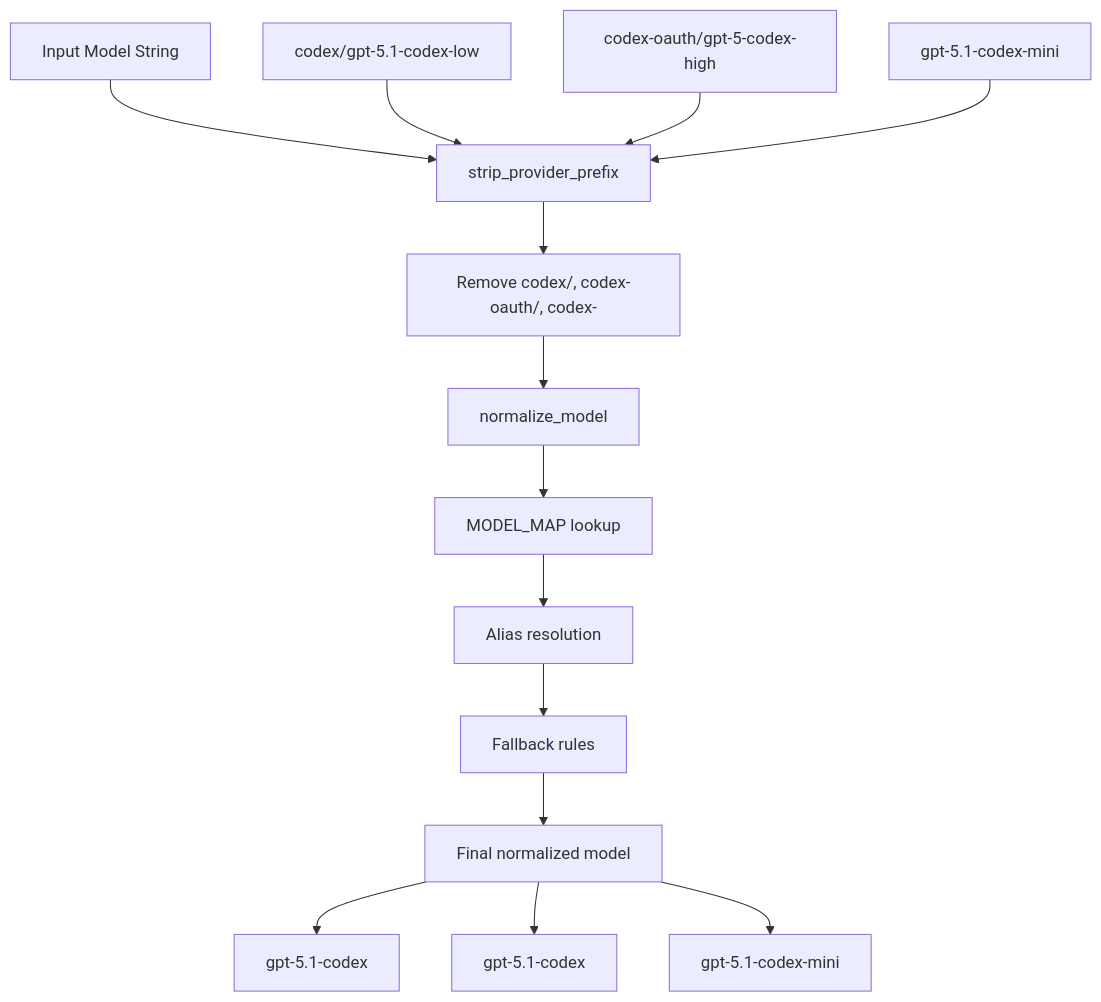
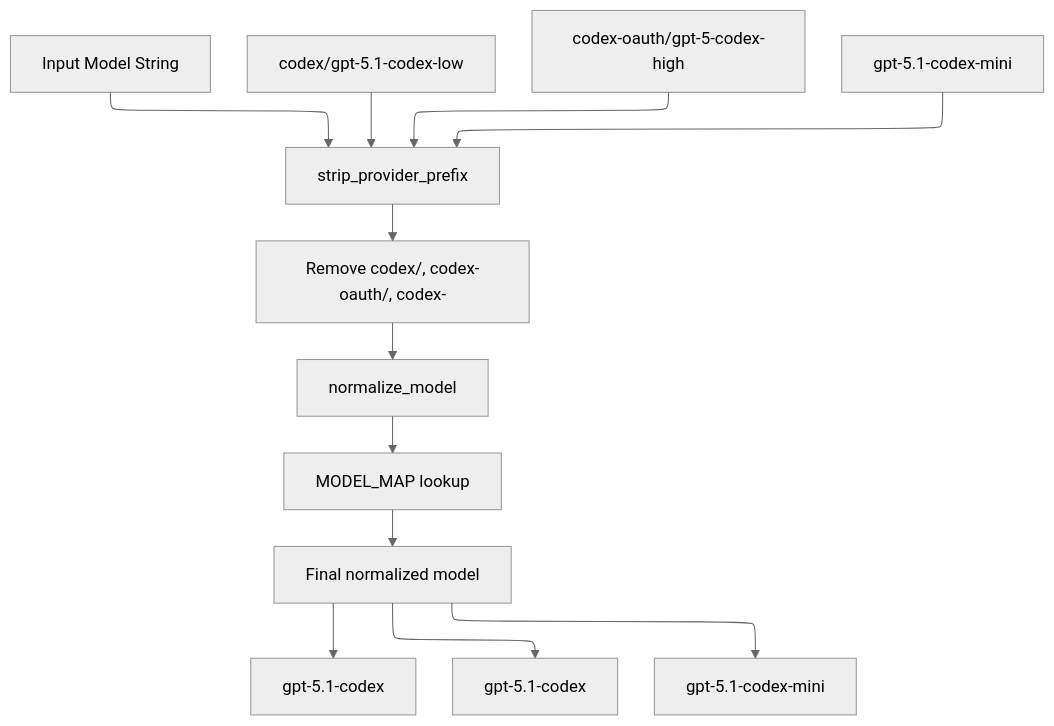
One commit to jslorrma/litellm-codex-oauth-provider changed the second of 2 diagrams in docs/codex-api-integration.md. Above: the diagram before and after it, drawn with Mermaid. The commit also changed other lines of this file and 2 other files, not shown here.

First line of the commit message:
docs: simplify and streamline architecture documentation

````diff
--- a/docs/codex-api-integration.md
+++ b/docs/codex-api-integration.md
@@ -101,18 +111,26 @@
 ```mermaid
+---
+config:
+  theme: neutral
+  layout: elk
+  elk:
+    nodeSpacing: 60
+    edgeSpacing: 50
+    layoutDirection: TB
+---
+
 graph TD
     A[Input Model String] --> B[strip_provider_prefix]
     B --> C[Remove codex/, codex-oauth/, codex-]
     C --> D[normalize_model]
     D --> E[MODEL_MAP lookup]
-    E --> F[Alias resolution]
-    F --> G[Fallback rules]
-    G --> H[Final normalized model]
+    E --> F[Final normalized model]
 
     I[codex/gpt-5.1-codex-low] --> B
     J[codex-oauth/gpt-5-codex-high] --> B
     K[gpt-5.1-codex-mini] --> B
 
-    H --> L[gpt-5.1-codex]
-    H --> M[gpt-5.1-codex]
-    H --> N[gpt-5.1-codex-mini]
+    F --> L[gpt-5.1-codex]
+    F --> M[gpt-5.1-codex]
+    F --> N[gpt-5.1-codex-mini]
 ```
````
